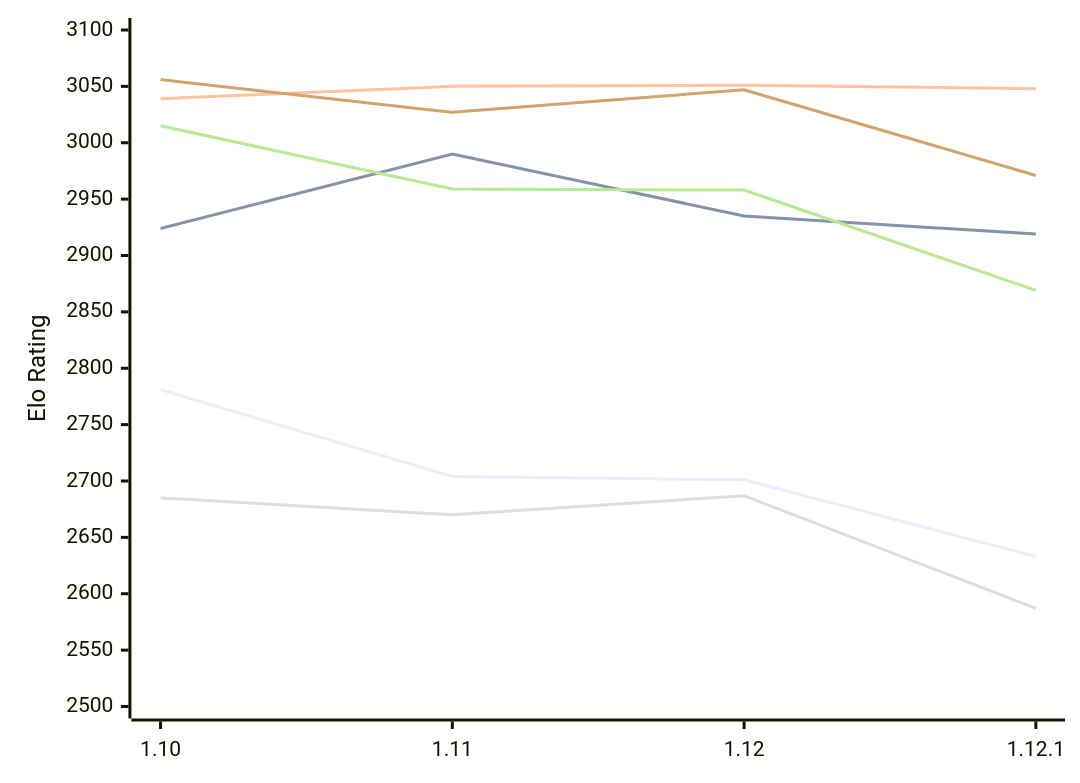
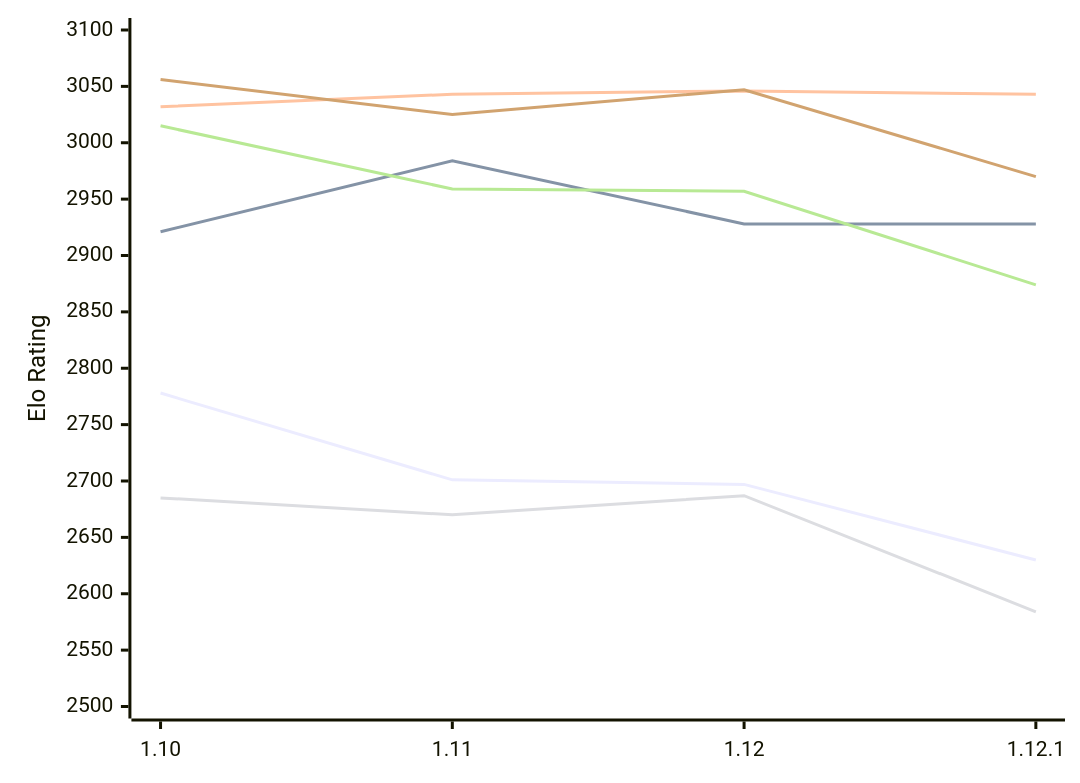
The first of 2 diagrams in engines/Roc.md (computer-chess-index/cci), drawn with Mermaid before and after one commit. The commit also changed other lines of this file, not shown here.

Commit message:
Update CCI Ratings (ELO VLTC) - 2026-11-26

````diff
--- a/engines/Roc.md
+++ b/engines/Roc.md
@@ -54,12 +54,12 @@
 ```mermaid
 %%{init: {"theme":"base","themeVariables":{"seriesColors:['#a3a3a3','#222221','#faa371']}}}%%
 xychart-beta
   x-axis ["1.10", "1.11", "1.12", "1.12.1"]
   y-axis "Elo Rating" 2500 --> 3100
-  line "E1: STC (8.0+0.08s)" [2781, 2704, 2701, 2633]
-  line "E1: LTC (60.0+0.60s)" [2924, 2990, 2935, 2919]
-  line "E1: VLTC (2m24s+1.12s)" [3039, 3050, 3051, 3048]
-  line "P1: STC (8.0+0.08s)" [2685, 2670, 2687, 2587]
-  line "P1: LTC (60.0+0.60s)" [3015, 2959, 2958, 2869]
-  line "P1: VLTC (2m24s+1.12s)" [3056, 3027, 3047, 2971]
+  line "E1: STC (8.0+0.08s)" [2778, 2701, 2697, 2630]
+  line "E1: LTC (60.0+0.60s)" [2921, 2984, 2928, 2928]
+  line "E1: VLTC (2m24s+1.12s)" [3032, 3043, 3046, 3043]
+  line "P1: STC (8.0+0.08s)" [2685, 2670, 2687, 2584]
+  line "P1: LTC (60.0+0.60s)" [3015, 2959, 2957, 2874]
+  line "P1: VLTC (2m24s+1.12s)" [3056, 3025, 3047, 2970]
 ```
````
